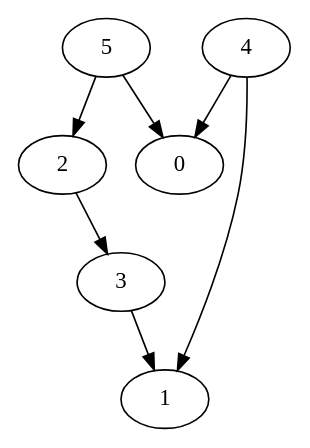
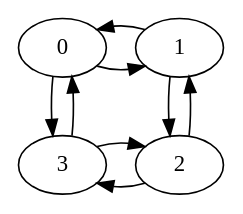
Before and after one commit to vudala/topological-sorting: the diagram in inputs/graph2.dot, drawn with Graphviz. The commit also changed 5 other files, not shown here.

```diff
--- a/inputs/graph2.dot
+++ b/inputs/graph2.dot
@@ -1,8 +1,9 @@
 digraph G {
-  5 -> 0;
-  4 -> 0;
-  5 -> 2;
-  4 -> 1;
-  2 -> 3;
-  3 -> 1;
+ 	0 -> {1 3}
+ 	1 -> {0 2}
+ 	2 -> {3 1}
+ 	3 -> {2 0}
+
+  { rank=same 0 1 }
+  { rank=same 3 2 }
 }
```
